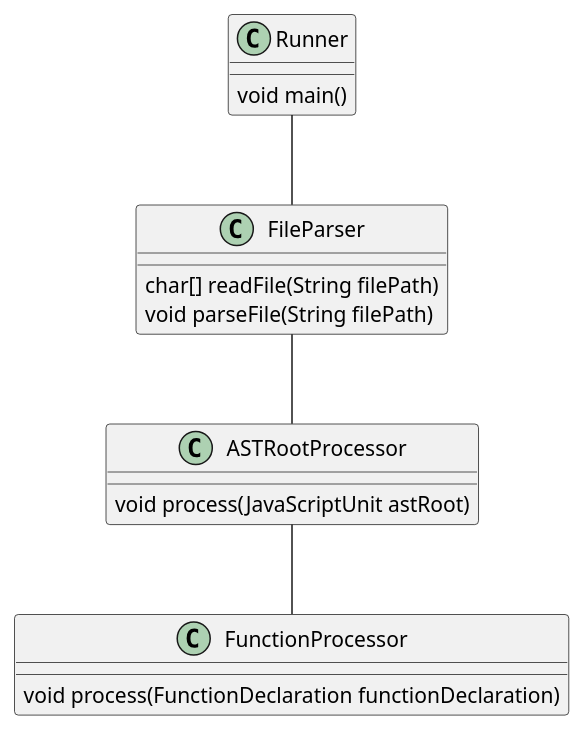
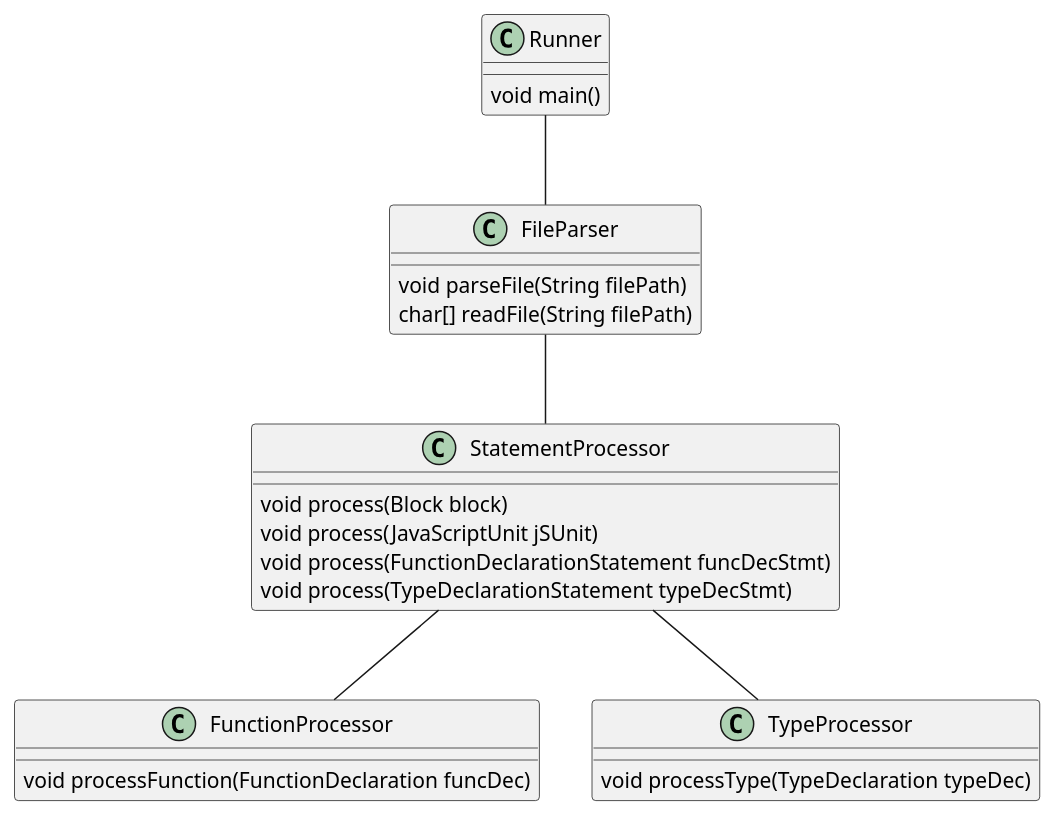
The diagram in VE_JavaScript/docs/class_diagram.puml (ASoE-IF/vocabularioSoftware), drawn with PlantUML before and after one commit. The commit also changed 3 other files, not shown here.

Commit message:
adicionando e atualizando diagramas para reunião

```diff
--- a/VE_JavaScript/docs/class_diagram.puml
+++ b/VE_JavaScript/docs/class_diagram.puml
@@ -1,23 +1,31 @@
 @startuml
 
 class Runner {
     void main()
 }
 Runner -- FileParser
 
 class FileParser{
+    void parseFile(String filePath)
     char[] readFile(String filePath)
-    void parseFile(String filePath)
 }
-FileParser -- ASTRootProcessor
+FileParser -- StatementProcessor
 
-class ASTRootProcessor{
-    void process(JavaScriptUnit astRoot)
+class StatementProcessor{
+    void process(Block block)
+    void process(JavaScriptUnit jSUnit)
+    void process(FunctionDeclarationStatement funcDecStmt)
+    void process(TypeDeclarationStatement typeDecStmt)
 }
-ASTRootProcessor -- FunctionProcessor
+StatementProcessor -- FunctionProcessor
+StatementProcessor -- TypeProcessor
 
 class FunctionProcessor{
-    void process(FunctionDeclaration functionDeclaration)
+    void processFunction(FunctionDeclaration funcDec)
+}
+
+class TypeProcessor{
+    void processType(TypeDeclaration typeDec)
 }
 
 @enduml
```
